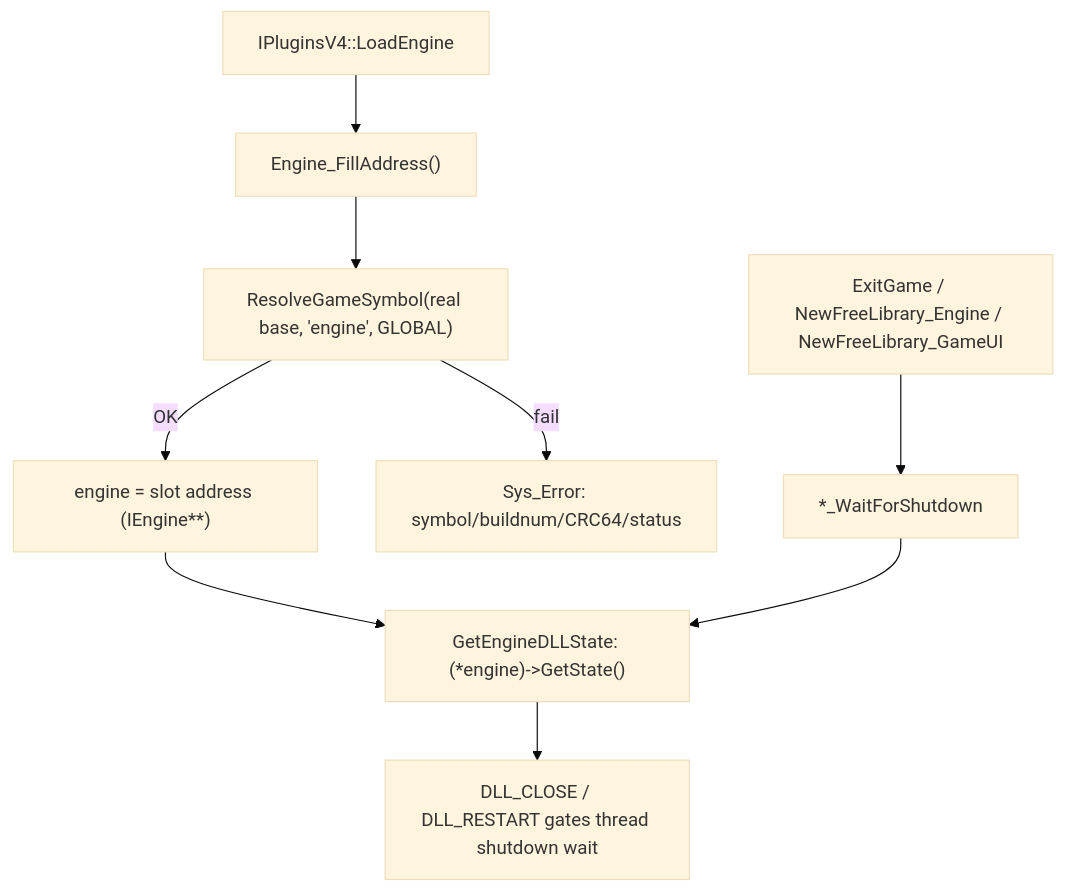
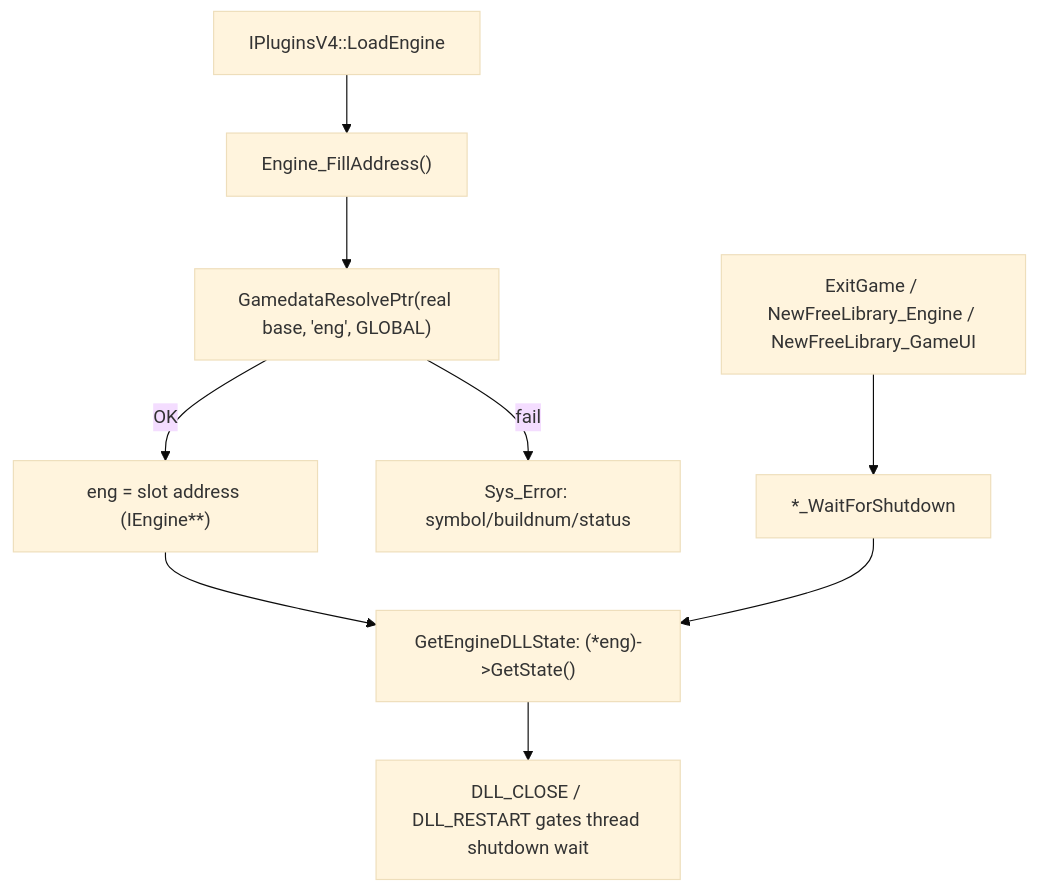
One commit to hzqst/MetaHookSv changed the diagram in memory/privatevars/threadguard-privatevars.md. Above: the diagram before and after it, drawn with Mermaid (base theme). The commit also changed other lines of this file and 12 other files, not shown here.

````diff
--- a/memory/privatevars/threadguard-privatevars.md
+++ b/memory/privatevars/threadguard-privatevars.md
@@ -39,11 +41,11 @@
 ```mermaid
 flowchart TD
     A["IPluginsV4::LoadEngine"] --> B["Engine_FillAddress()"]
-    B --> C["ResolveGameSymbol(real base, 'engine', GLOBAL)"]
-    C -->|OK| D["engine = slot address (IEngine**)"]
-    C -->|fail| E["Sys_Error: symbol/buildnum/CRC64/status"]
-    D --> F["GetEngineDLLState: (*engine)->GetState()"]
+    B --> C["GamedataResolvePtr(real base, 'eng', GLOBAL)"]
+    C -->|OK| D["eng = slot address (IEngine**)"]
+    C -->|fail| E["Sys_Error: symbol/buildnum/status"]
+    D --> F["GetEngineDLLState: (*eng)->GetState()"]
     F --> G["DLL_CLOSE / DLL_RESTART gates thread shutdown wait"]
     H["ExitGame / NewFreeLibrary_Engine / NewFreeLibrary_GameUI"] --> I["*_WaitForShutdown"]
     I --> F
 ```
````
